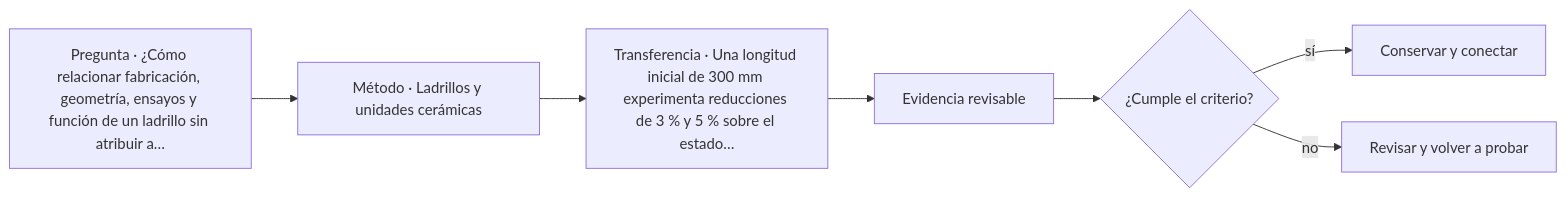
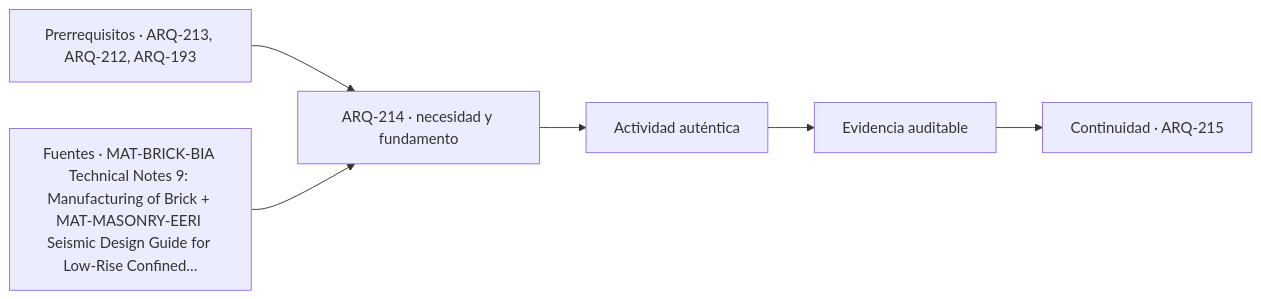
The diagram in classes/parte-22/ARQ-214.md (vladimiracunadev-create/architecture-built-environment-learning-program), drawn with Mermaid before and after one commit. The commit also changed other lines of this file and 761 other files, not shown here.

````diff
--- a/classes/parte-22/ARQ-214.md
+++ b/classes/parte-22/ARQ-214.md
@@ -97,9 +109,8 @@
 ```mermaid
 flowchart LR
-    Q["Pregunta · ¿Cómo relacionar fabricación, geometría, ensayos y función de un ladrillo sin atribuir a…"] --> M["Método · Ladrillos y unidades cerámicas"]
-    M --> P["Transferencia · Una longitud inicial de 300 mm experimenta reducciones de 3 % y 5 % sobre el estado…"]
-    P --> E["Evidencia revisable"]
-    E --> C{"¿Cumple el criterio?"}
-    C -->|sí| T["Conservar y conectar"]
-    C -->|no| R["Revisar y volver a probar"]
+    A["Prerrequisitos · ARQ-213, ARQ-212, ARQ-193"] --> B["ARQ-214 · necesidad y fundamento"]
+    S["Fuentes · MAT-BRICK-BIA Technical Notes 9: Manufacturing of Brick + MAT-MASONRY-EERI Seismic Design Guide for Low-Rise Confined…"] --> B
+    B --> C["Actividad auténtica"]
+    C --> D["Evidencia auditable"]
+    D --> E["Continuidad · ARQ-215"]
 ```
````
